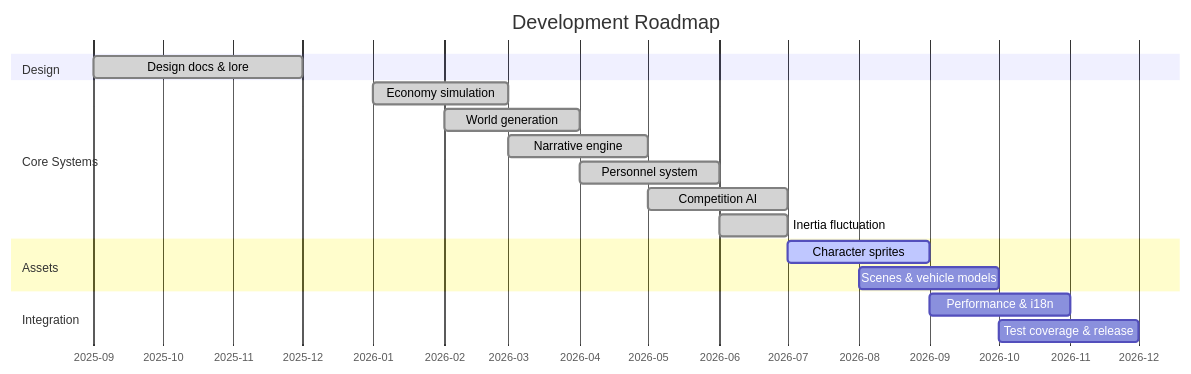
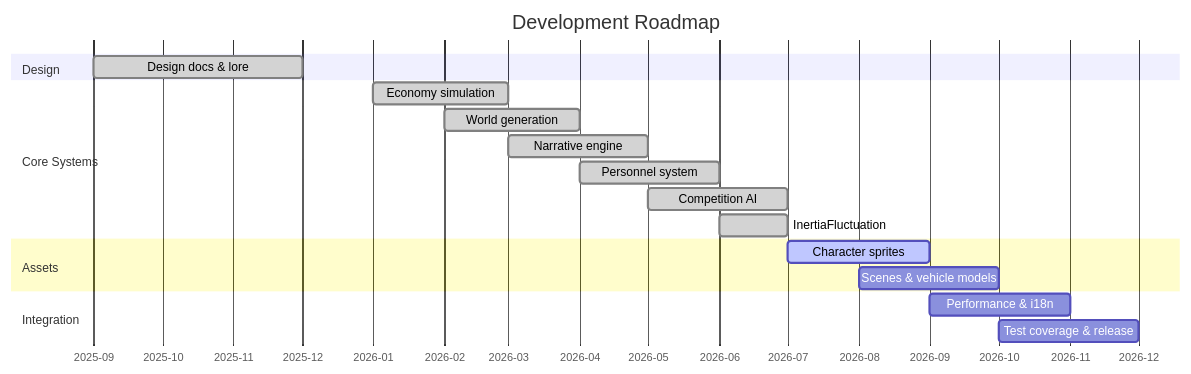
Before and after one commit to NMDX0721/RailwayRenaissance: the seventh of 8 diagrams in README.md, drawn with Mermaid. The commit also changed 1 other file, not shown here.

Commit message:
docs: replace & in gantt label with plain text

````diff
--- a/README.md
+++ b/README.md
@@ -618,21 +618,21 @@
 ```mermaid
 gantt
     title Development Roadmap
     dateFormat  YYYY-MM
     axisFormat  %Y-%m
     section Design
     Design docs & lore       :done, 2025-09, 2025-12
     section Core Systems
     Economy simulation       :done, 2026-01, 2026-03
     World generation         :done, 2026-02, 2026-04
     Narrative engine         :done, 2026-03, 2026-05
     Personnel system         :done, 2026-04, 2026-06
     Competition AI           :done, 2026-05, 2026-07
-    Inertia fluctuation     :done, 2026-06, 2026-07
+    InertiaFluctuation     :done, 2026-06, 2026-07
     section Assets
     Character sprites        :active, 2026-07, 2026-09
     Scenes & vehicle models  :2026-08, 2026-10
     section Integration
     Performance & i18n       :2026-09, 2026-11
     Test coverage & release  :2026-10, 2026-12
 ```
````
